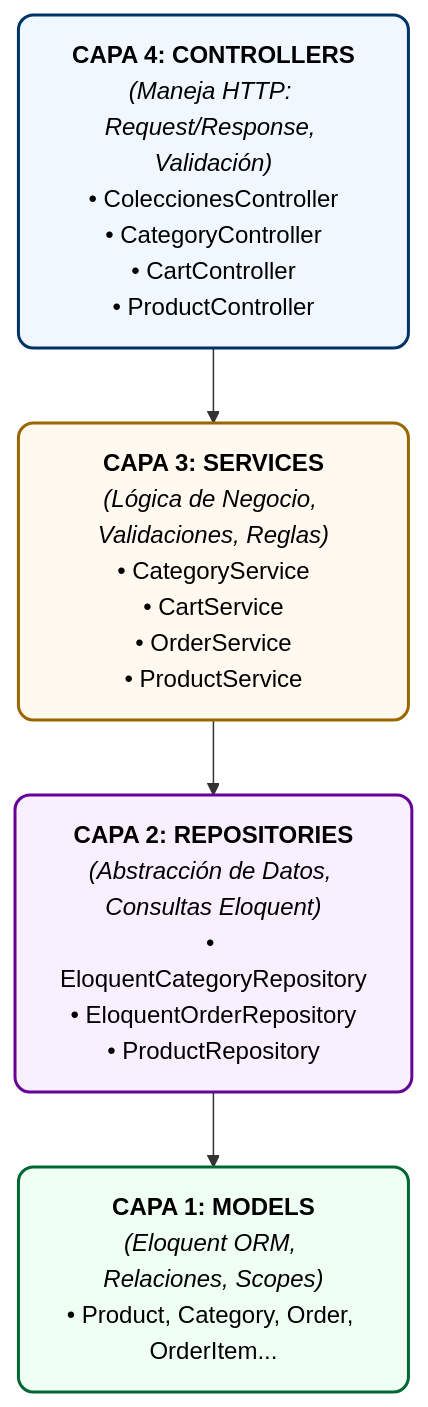
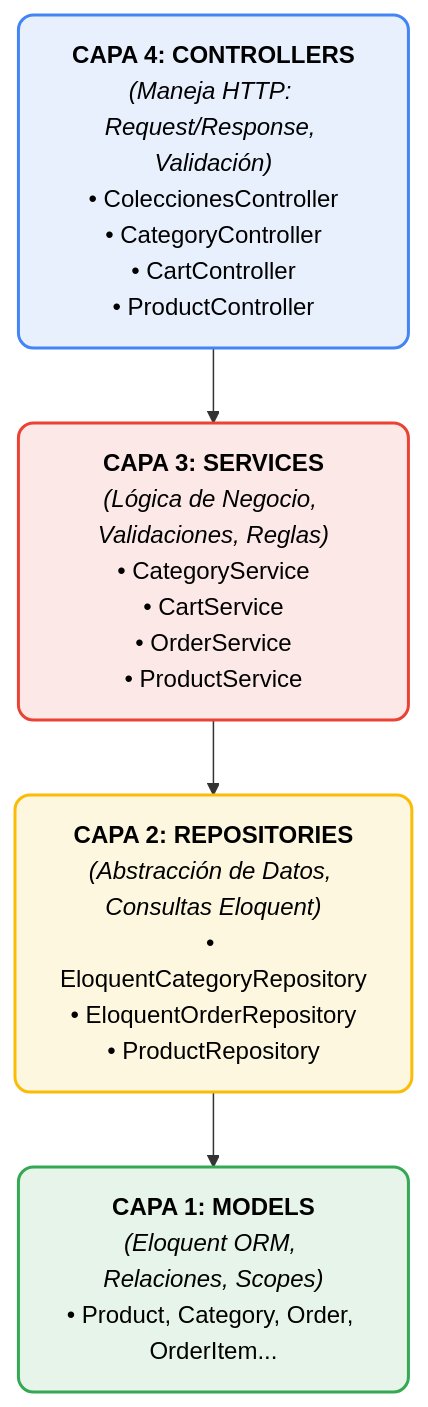
The diagram in docs/backend/GUIA_ARQUITECTURA_Y_CONTROLADORES.md (joangriful/MiKiwi), drawn with Mermaid before and after one commit. The commit also changed 1 other file, not shown here.

Commit message:
docs: apply Google-style corporate colors to Mermaid diagrams

````diff
--- a/docs/backend/GUIA_ARQUITECTURA_Y_CONTROLADORES.md
+++ b/docs/backend/GUIA_ARQUITECTURA_Y_CONTROLADORES.md
@@ -23,19 +23,19 @@
 ```mermaid
 graph TD
     C["<b>CAPA 4: CONTROLLERS</b><br/><i>(Maneja HTTP: Request/Response, Validación)</i><br/>• ColeccionesController<br/>• CategoryController<br/>• CartController<br/>• ProductController"]
     
     S["<b>CAPA 3: SERVICES</b><br/><i>(Lógica de Negocio, Validaciones, Reglas)</i><br/>• CategoryService<br/>• CartService<br/>• OrderService<br/>• ProductService"]
     
     R["<b>CAPA 2: REPOSITORIES</b><br/><i>(Abstracción de Datos, Consultas Eloquent)</i><br/>• EloquentCategoryRepository<br/>• EloquentOrderRepository<br/>• ProductRepository"]
     
     M["<b>CAPA 1: MODELS</b><br/><i>(Eloquent ORM, Relaciones, Scopes)</i><br/>• Product, Category, Order, OrderItem..."]
 
     C --> S
     S --> R
     R --> M
 
-    style C fill:#f0f7ff,stroke:#003366,stroke-width:2px,color:#000,rx:10,ry:10
-    style S fill:#fff9f0,stroke:#996600,stroke-width:2px,color:#000,rx:10,ry:10
-    style R fill:#f9f0ff,stroke:#660099,stroke-width:2px,color:#000,rx:10,ry:10
-    style M fill:#f0fff4,stroke:#006633,stroke-width:2px,color:#000,rx:10,ry:10
+    style C fill:#E8F0FE,stroke:#4285F4,stroke-width:2px,color:#000,rx:10,ry:10
+    style S fill:#FCE8E6,stroke:#EA4335,stroke-width:2px,color:#000,rx:10,ry:10
+    style R fill:#FEF7E0,stroke:#FBBC05,stroke-width:2px,color:#000,rx:10,ry:10
+    style M fill:#E6F4EA,stroke:#34A853,stroke-width:2px,color:#000,rx:10,ry:10
 ```
````
